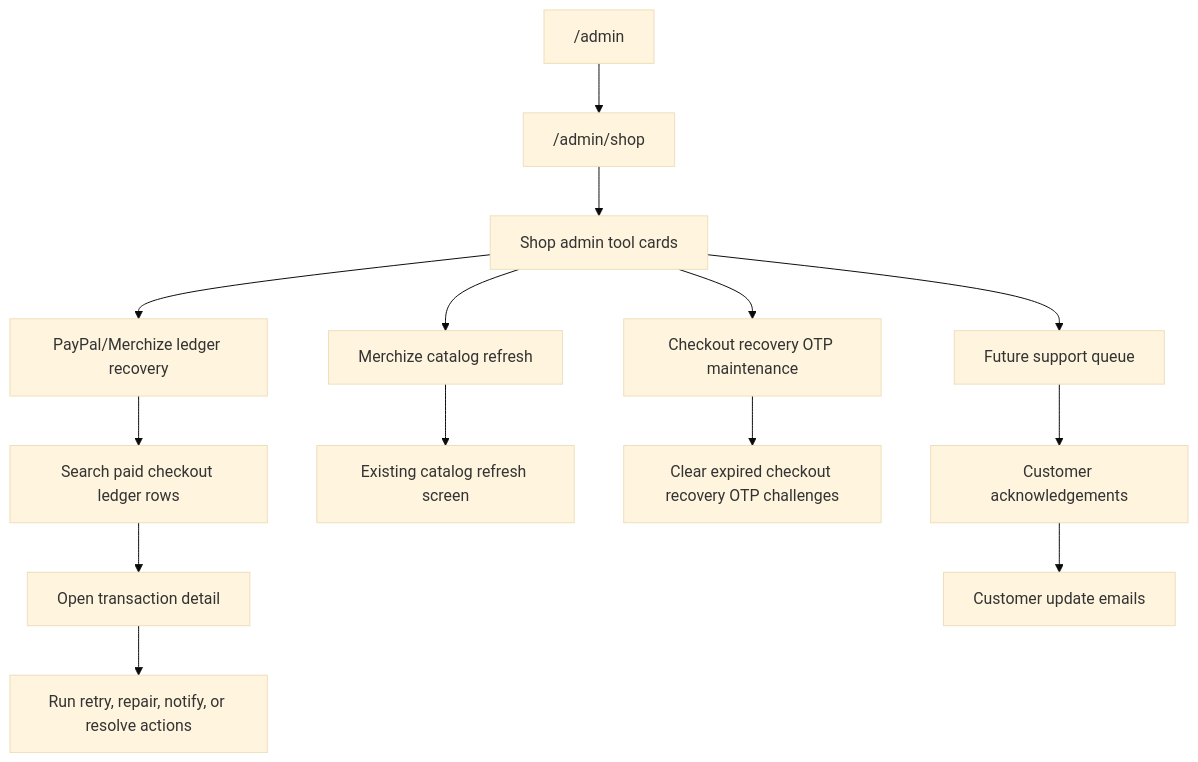
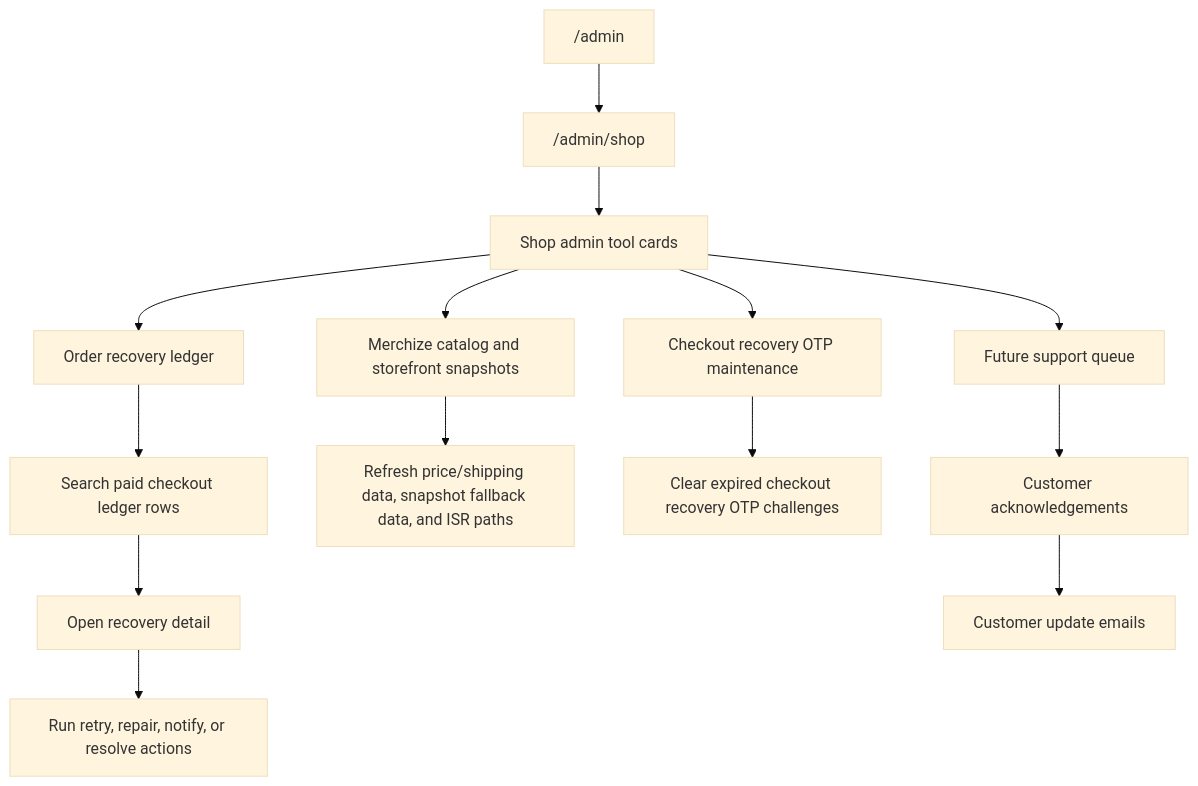
Before and after one commit to Codex-Christi/codex_christi_frontend: the first of 3 diagrams in ADMIN_RECOVERY_TOOLING_GUIDE.md, drawn with Mermaid (base theme). The commit also changed other lines of this file and 29 other files, not shown here.

````diff
--- a/ADMIN_RECOVERY_TOOLING_GUIDE.md
+++ b/ADMIN_RECOVERY_TOOLING_GUIDE.md
@@ -89,16 +91,16 @@
 ```mermaid
 flowchart TD
   A["/admin"] --> B["/admin/shop"]
   B --> C["Shop admin tool cards"]
-  C --> D["PayPal/Merchize ledger recovery"]
+  C --> D["Order recovery ledger"]
   D --> E["Search paid checkout ledger rows"]
-  E --> F["Open transaction detail"]
+  E --> F["Open recovery detail"]
   F --> G["Run retry, repair, notify, or resolve actions"]
-  C --> H["Merchize catalog refresh"]
-  H --> I["Existing catalog refresh screen"]
+  C --> H["Merchize catalog and storefront snapshots"]
+  H --> I["Refresh price/shipping data, snapshot fallback data, and ISR paths"]
   C --> J["Checkout recovery OTP maintenance"]
   J --> K["Clear expired checkout recovery OTP challenges"]
   C --> L["Future support queue"]
   L --> M["Customer acknowledgements"]
   M --> N["Customer update emails"]
 ```
````
